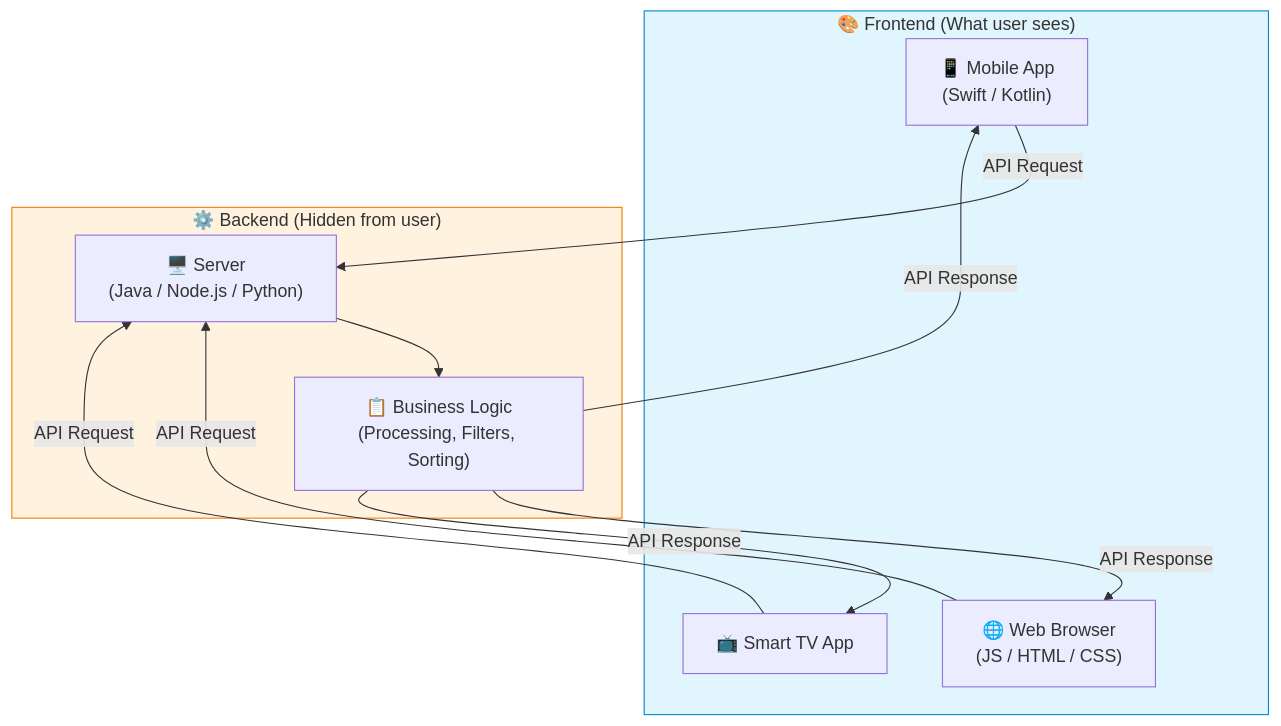
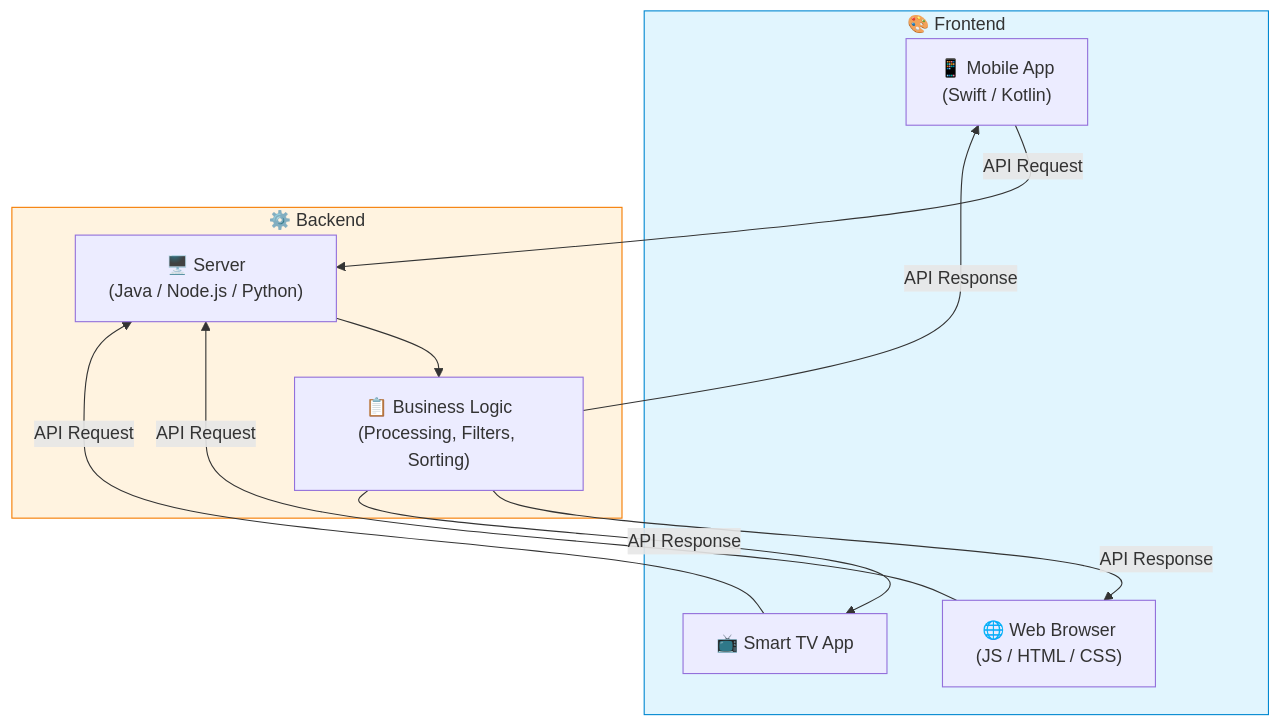
The third of 15 diagrams in docs/from-youtube/system-design-basics.md (pravn27/system-design-tech-doc), drawn with Mermaid before and after one commit. The commit also changed other lines of this file, not shown here.

Commit message:
fundamentals of system design with reference diagram

````diff
--- a/docs/from-youtube/system-design-basics.md
+++ b/docs/from-youtube/system-design-basics.md
@@ -150,24 +151,24 @@
 ```mermaid
 graph TB
-    subgraph Frontend ["🎨 Frontend (What user sees)"]
+    subgraph Frontend ["🎨 Frontend"]
         MA["📱 Mobile App\n(Swift / Kotlin)"]
         WB["🌐 Web Browser\n(JS / HTML / CSS)"]
         TV["📺 Smart TV App"]
     end
 
-    subgraph Backend ["⚙️ Backend (Hidden from user)"]
+    subgraph Backend ["⚙️ Backend"]
         SV["🖥️ Server\n(Java / Node.js / Python)"]
         BL["📋 Business Logic\n(Processing, Filters, Sorting)"]
     end
 
     MA -- "API Request" --> SV
     WB -- "API Request" --> SV
     TV -- "API Request" --> SV
     SV --> BL
     BL -- "API Response" --> MA
     BL -- "API Response" --> WB
     BL -- "API Response" --> TV
 
     style Frontend fill:#e1f5fe,stroke:#0288d1
     style Backend fill:#fff3e0,stroke:#f57c00
 ```
````
